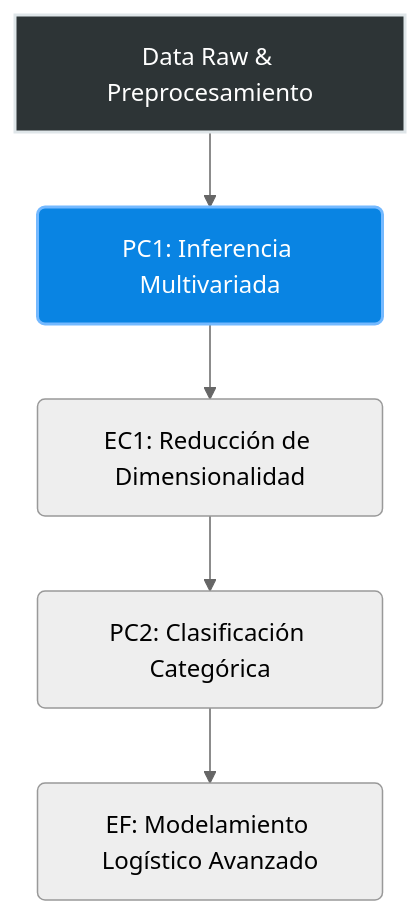
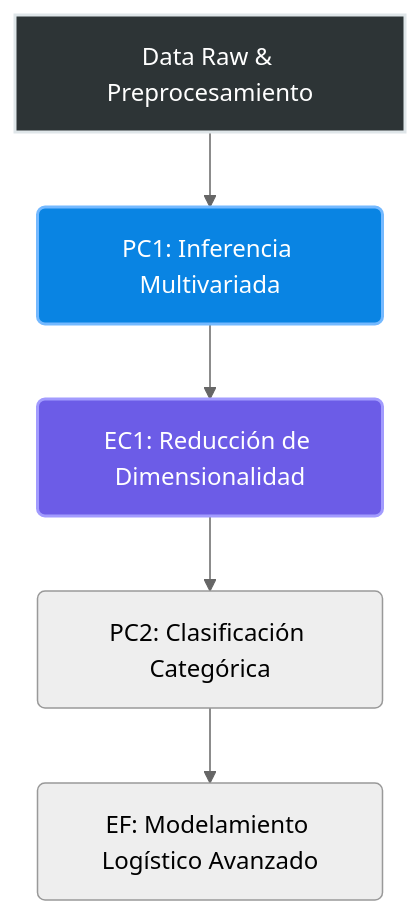
The diagram in README.md (joseluis02678/Applied-Multivariate-Analysis), drawn with Mermaid (neutral theme) before and after one commit.

````diff
--- a/README.md
+++ b/README.md
@@ -19,10 +19,11 @@
 ```mermaid
 graph TD
     A[Data Raw & Preprocesamiento] --> B(PC1: Inferencia Multivariada)
     B --> C(EC1: Reducción de Dimensionalidad)
     C --> D(PC2: Clasificación Categórica)
     D --> E(EF: Modelamiento Logístico Avanzado)
     
     style A fill:#2d3436,stroke:#dfe6e9,stroke-width:2px,color:#fff
     style B fill:#0984e3,stroke:#74b9ff,stroke-width:2px,color:#fff
+    style C fill:#6c5ce7,stroke:#a29bfe,stroke-width:2px,color:#fff
 ```
````
